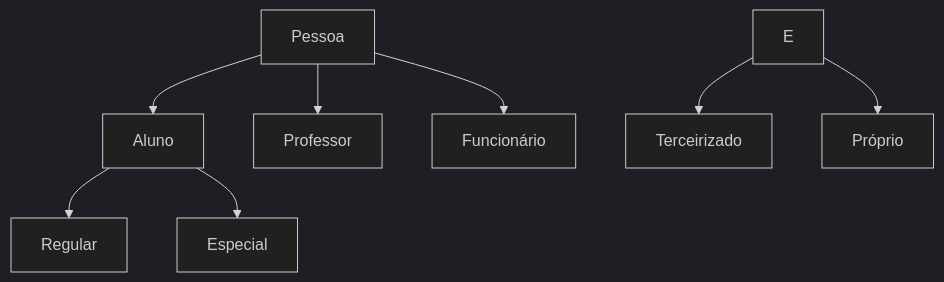
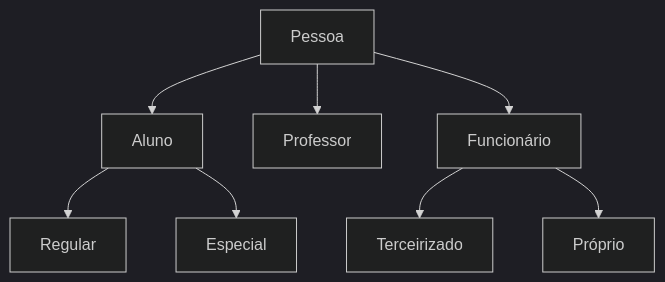
The diagram in 4sem/POO/2019-04-01.md (mrother/fatec), drawn with Mermaid (dark theme) before and after one commit. The commit also changed other lines of this file, not shown here.

Commit message:
4sem/POO/2019-04-01.md updated from https://stackedit.io/

````diff
--- a/4sem/POO/2019-04-01.md
+++ b/4sem/POO/2019-04-01.md
@@ -17,11 +17,11 @@
 ```mermaid
 graph TD
     A[Pessoa]
     A-->B[Aluno]
     A-->C[Professor]
     A-->D[Funcionário]
-    B-->H[Regular]
-    B-->I[Especial]
-    E-->F[Terceirizado]
-    E-->G[Próprio]
+    B-->G[Regular]
+    B-->H[Especial]
+    D-->E[Terceirizado]
+    D-->F[Próprio]
 ```
````
